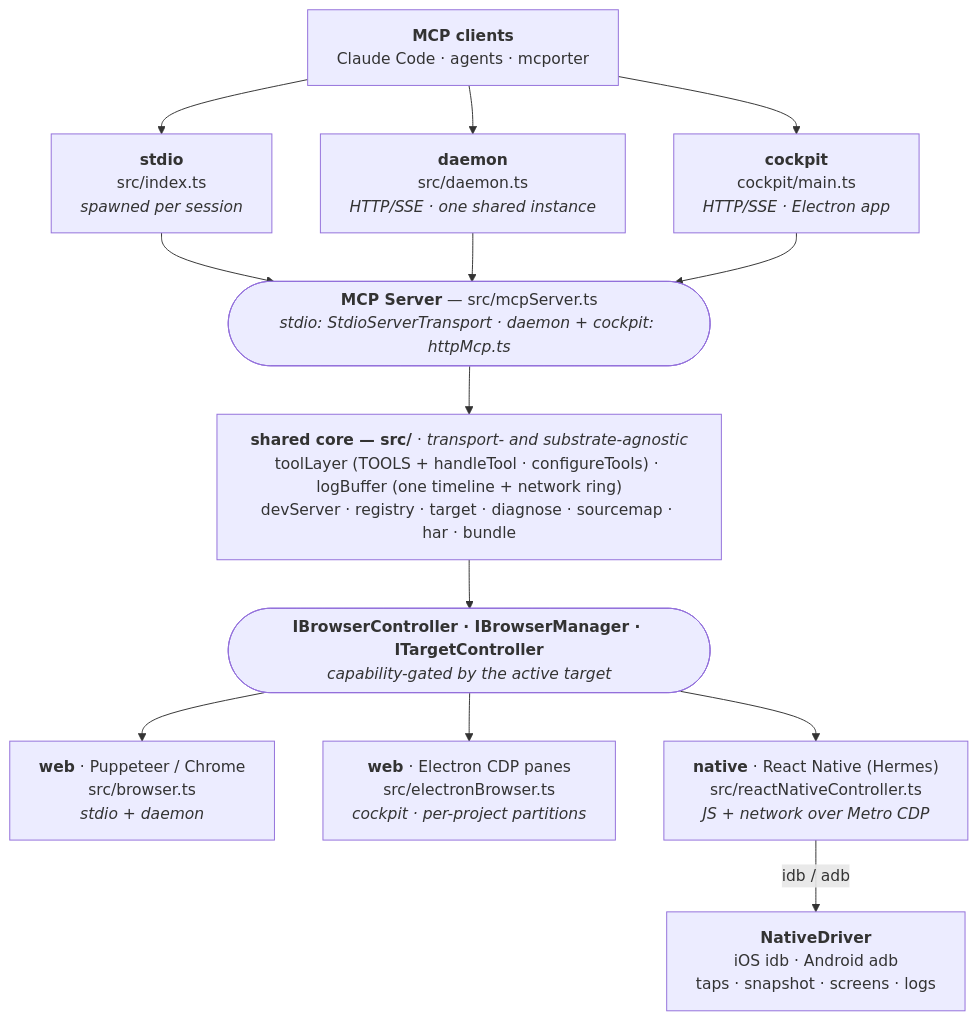
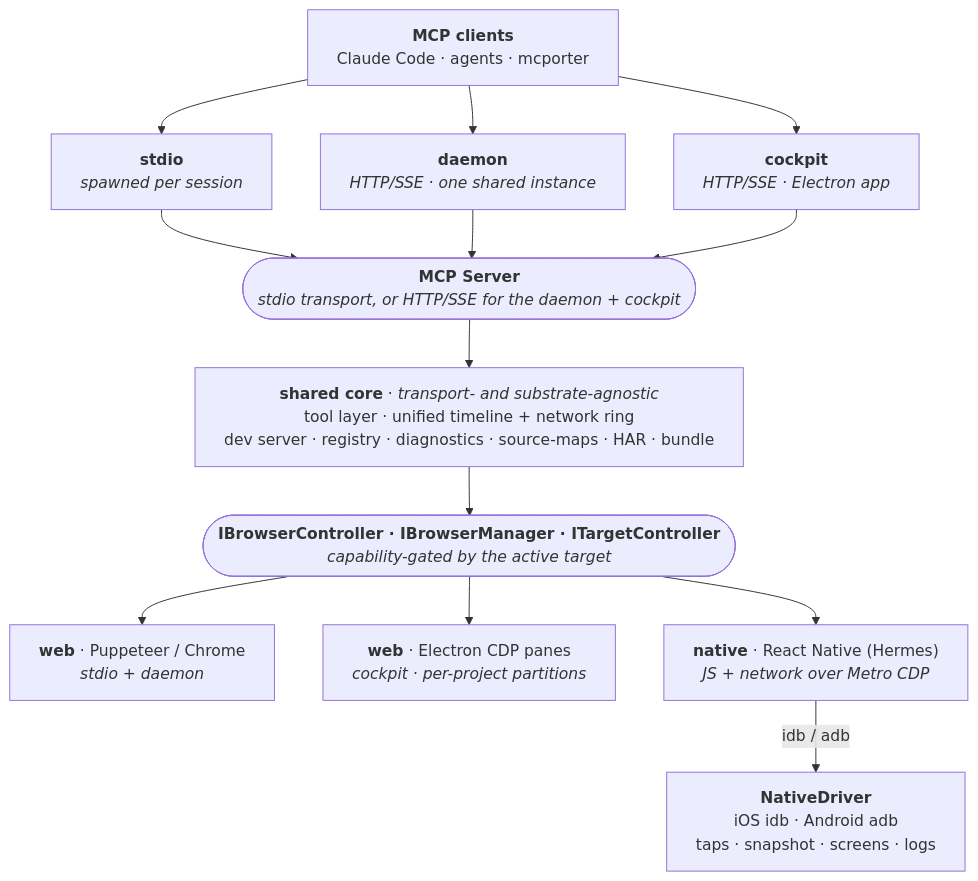
The diagram in README.md (vincentvella/devloop), drawn with Mermaid before and after one commit. The commit also changed 1 other file, not shown here.

Commit message:
docs: architecture diagram = concepts, not filenames; widen to stop wrapping
Per feedback: the diagram is an architectural overview, not a file map — drop the
src/*.ts paths from the nodes (keeping concept names: MCP Server, tool layer, the
controller interfaces, Puppeteer/Electron/React Native, NativeDriver). Shorter labels
+ wrappingWidth 700 mean each box sizes to its content with no over-wrapping (shared
core is 3 lines, not 13). The src/ module map below the diagram still has the file
detail. README + site updated, site re-verified.

````diff
--- a/README.md
+++ b/README.md
@@ -38,27 +38,27 @@
 ```mermaid
-%%{init: {"flowchart": {"wrappingWidth": 460}}}%%
+%%{init: {"flowchart": {"wrappingWidth": 700}}}%%
 flowchart TD
   clients["<b>MCP clients</b><br/>Claude Code · agents · mcporter"]
   clients --> stdio & daemon & cockpit
 
-  stdio["<b>stdio</b><br/>src/index.ts<br/><i>spawned per session</i>"]
-  daemon["<b>daemon</b><br/>src/daemon.ts<br/><i>HTTP/SSE · one shared instance</i>"]
-  cockpit["<b>cockpit</b><br/>cockpit/main.ts<br/><i>HTTP/SSE · Electron app</i>"]
+  stdio["<b>stdio</b><br/><i>spawned per session</i>"]
+  daemon["<b>daemon</b><br/><i>HTTP/SSE · one shared instance</i>"]
+  cockpit["<b>cockpit</b><br/><i>HTTP/SSE · Electron app</i>"]
 
   stdio --> mcp
   daemon --> mcp
   cockpit --> mcp
-  mcp(["<b>MCP Server</b> — src/mcpServer.ts<br/><i>stdio: StdioServerTransport · daemon + cockpit: httpMcp.ts</i>"])
+  mcp(["<b>MCP Server</b><br/><i>stdio transport, or HTTP/SSE for the daemon + cockpit</i>"])
   mcp --> core
 
-  core["<b>shared core — src/</b> · <i>transport- and substrate-agnostic</i><br/>toolLayer (TOOLS + handleTool · configureTools) · logBuffer (one timeline + network ring)<br/>devServer · registry · target · diagnose · sourcemap · har · bundle"]
+  core["<b>shared core</b> · <i>transport- and substrate-agnostic</i><br/>tool layer · unified timeline + network ring<br/>dev server · registry · diagnostics · source-maps · HAR · bundle"]
 
   core --> iface(["<b>IBrowserController · IBrowserManager · ITargetController</b><br/><i>capability-gated by the active target</i>"])
   iface --> pup & elec & rn
 
-  pup["<b>web</b> · Puppeteer / Chrome<br/>src/browser.ts<br/><i>stdio + daemon</i>"]
-  elec["<b>web</b> · Electron CDP panes<br/>src/electronBrowser.ts<br/><i>cockpit · per-project partitions</i>"]
-  rn["<b>native</b> · React Native (Hermes)<br/>src/reactNativeController.ts<br/><i>JS + network over Metro CDP</i>"]
+  pup["<b>web</b> · Puppeteer / Chrome<br/><i>stdio + daemon</i>"]
+  elec["<b>web</b> · Electron CDP panes<br/><i>cockpit · per-project partitions</i>"]
+  rn["<b>native</b> · React Native (Hermes)<br/><i>JS + network over Metro CDP</i>"]
 
   rn -->|"idb / adb"| nd["<b>NativeDriver</b><br/>iOS idb · Android adb<br/>taps · snapshot · screens · logs"]
 ```
````
